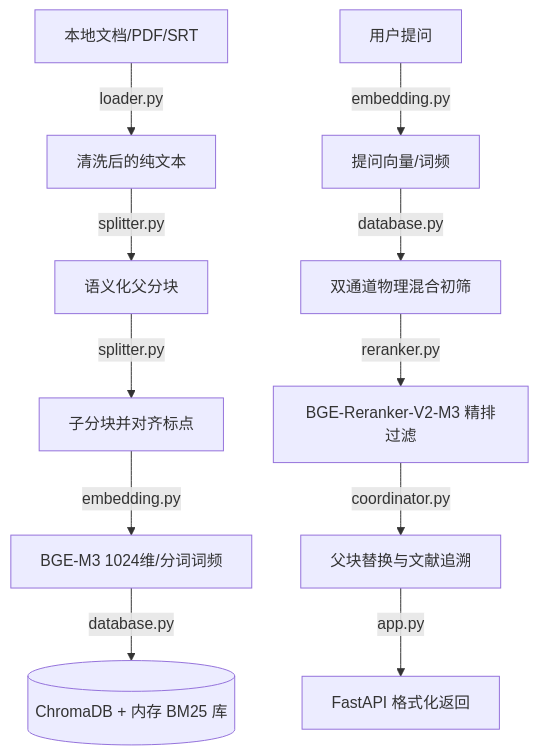
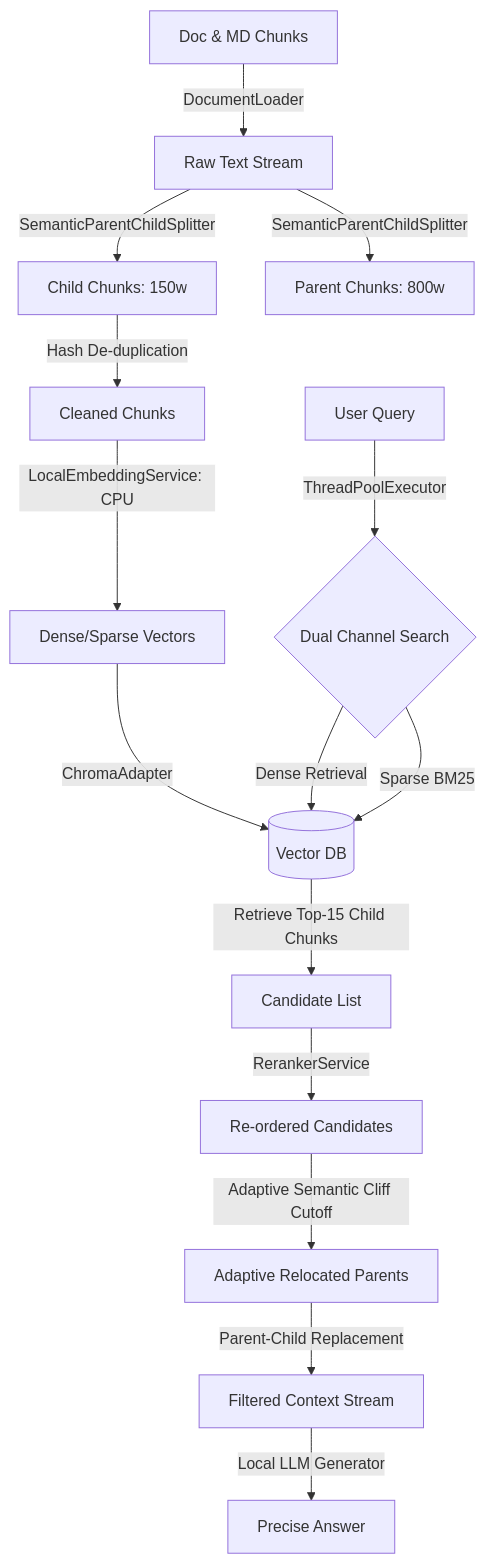
The diagram in README.md (songxitao/advanced-rag), drawn with Mermaid before and after one commit. The commit also changed other lines of this file and 1 other file, not shown here.

Commit message:
doc: 还原主README，并将GNN图拓扑重构更新作为README_GNN.md独立输出

````diff
--- a/README.md
+++ b/README.md
@@ -22,14 +38,18 @@
 ```mermaid
 graph TD
-    File[本地文档/PDF/SRT] -->|loader.py| RawText[清洗后的纯文本]
-    RawText -->|splitter.py| ParentChunks[语义化父分块]
-    ParentChunks -->|splitter.py| ChildChunks[子分块并对齐标点]
-    ChildChunks -->|embedding.py| Vectors[BGE-M3 1024维/分词词频]
-    Vectors -->|database.py| ChromaDB[(ChromaDB + 内存 BM25 库)]
+    A[Doc & MD Chunks] -->|DocumentLoader| B[Raw Text Stream]
+    B -->|SemanticParentChildSplitter| C[Child Chunks: 150w]
+    B -->|SemanticParentChildSplitter| D[Parent Chunks: 800w]
+    C -->|Hash De-duplication| E[Cleaned Chunks]
+    E -->|LocalEmbeddingService: CPU| F[Dense/Sparse Vectors]
+    F -->|ChromaAdapter| G[(Vector DB)]
     
-    Query[用户提问] -->|embedding.py| QueryVec[提问向量/词频]
-    QueryVec -->|database.py| Search[双通道物理混合初筛]
-    Search -->|reranker.py| Rerank[BGE-Reranker-V2-M3 精排过滤]
-    Rerank -->|coordinator.py| ParentReplace[父块替换与文献追溯]
-    ParentReplace -->|app.py| APIResponse[FastAPI 格式化返回]
+    Query[User Query] -->|ThreadPoolExecutor| H{Dual Channel Search}
+    H -->|Dense Retrieval| G
+    H -->|Sparse BM25| G
+    G -->|Retrieve Top-15 Child Chunks| I[Candidate List]
+    I -->|RerankerService| J[Re-ordered Candidates]
+    J -->|Adaptive Semantic Cliff Cutoff| K[Adaptive Relocated Parents]
+    K -->|Parent-Child Replacement| L[Filtered Context Stream]
+    L -->|Local LLM Generator| Answer[Precise Answer]
 ```
````
